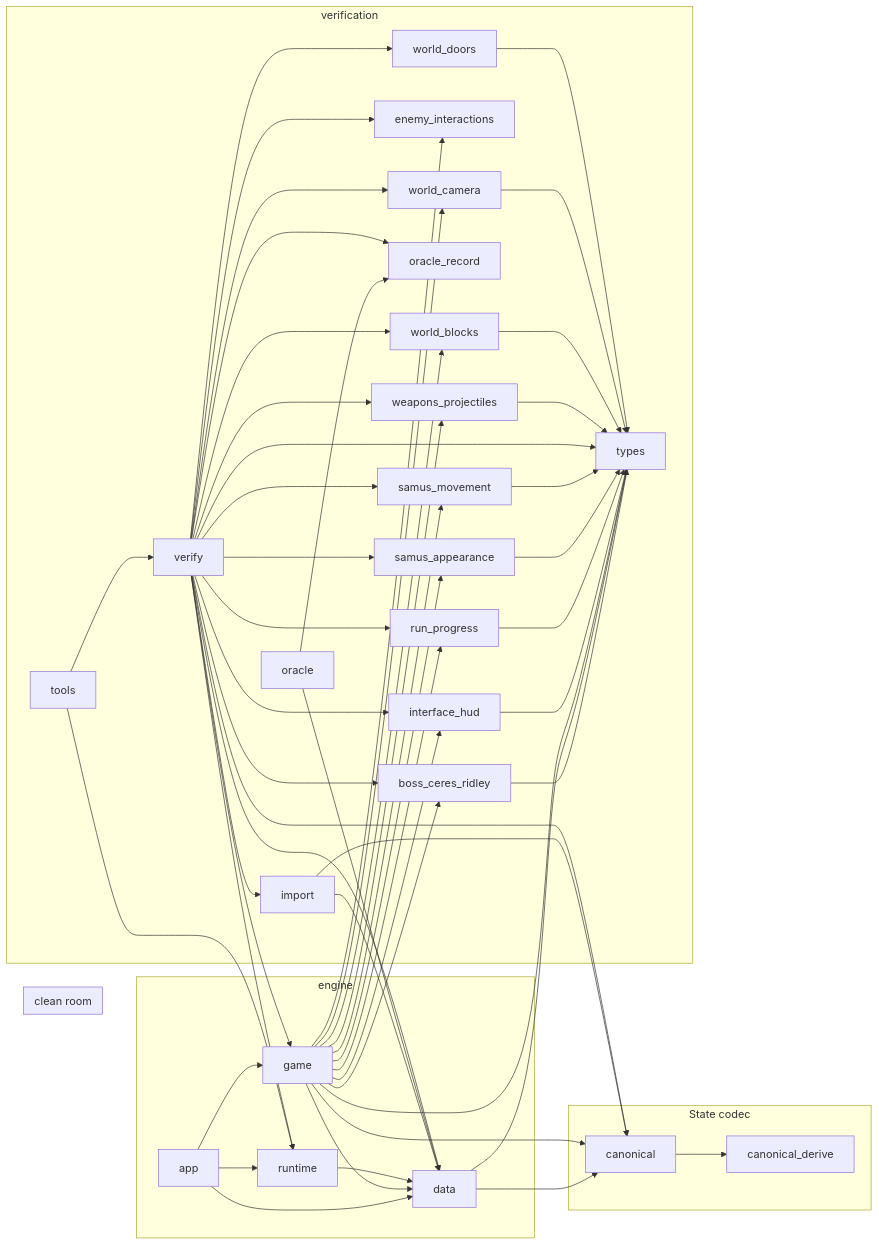
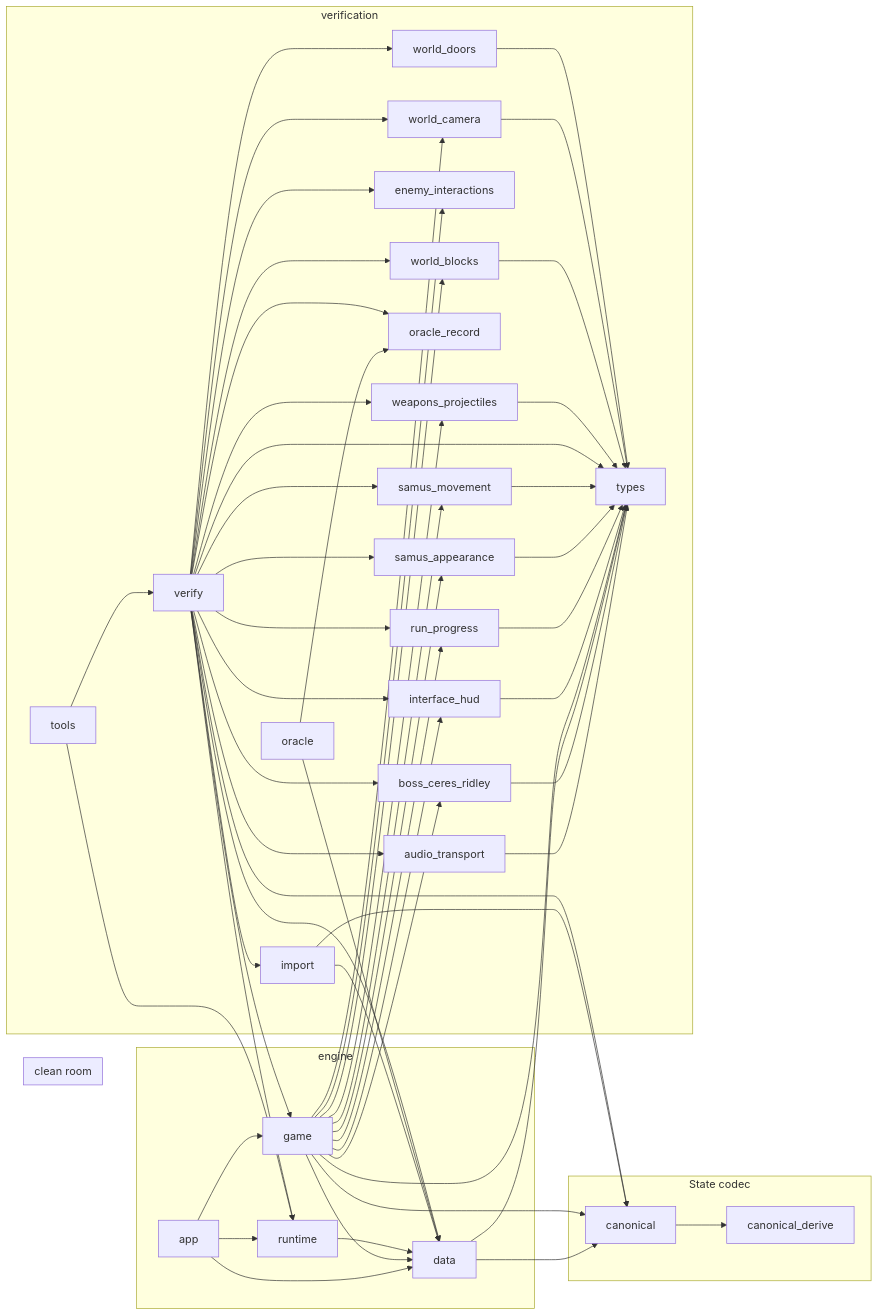
One commit to JimLundin/sm-decomp changed the second of 13 diagrams in docs/REPORT.md. Above: the diagram before and after it, drawn with Mermaid. The commit also changed other lines of this file and 83 other files, not shown here.

```diff
--- a/docs/REPORT.md
+++ b/docs/REPORT.md
@@ -1150,6 +1192,7 @@
     c_canonical_derive["canonical_derive"]
   end
   subgraph verification["verification"]
+    c_audio_transport["audio_transport"]
     c_boss_ceres_ridley["boss_ceres_ridley"]
     c_enemy_interactions["enemy_interactions"]
     c_import["import"]
@@ -1170,6 +1213,7 @@
   c_app --> c_data
   c_app --> c_game
   c_app --> c_runtime
+  c_audio_transport --> c_types
   c_boss_ceres_ridley --> c_types
   c_canonical --> c_canonical_derive
   c_data --> c_canonical
@@ -1197,6 +1241,7 @@
   c_samus_movement --> c_types
   c_tools --> c_runtime
   c_tools --> c_verify
+  c_verify --> c_audio_transport
   c_verify --> c_boss_ceres_ridley
   c_verify --> c_canonical
   c_verify --> c_data
```
